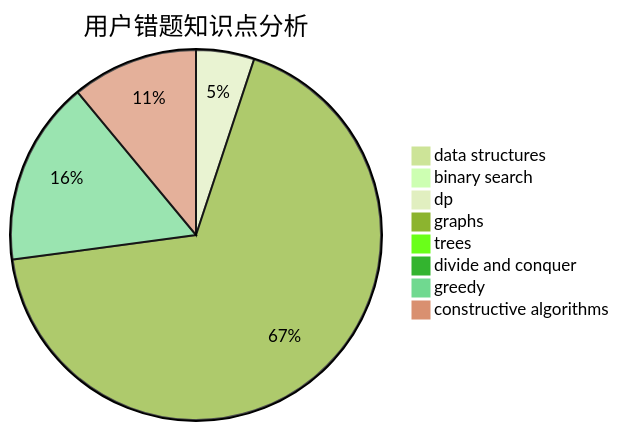
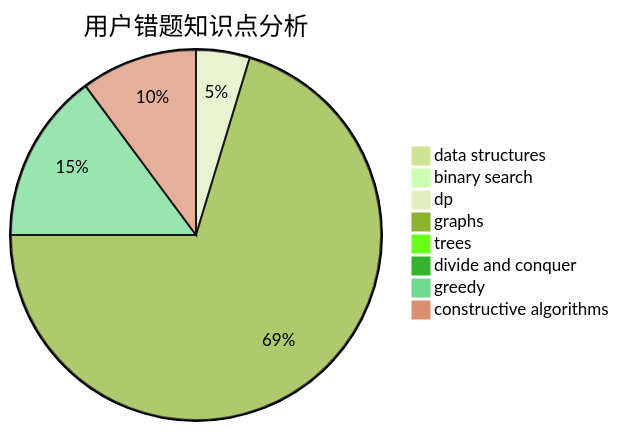
Before and after one commit to sherpahu/cfrs.github.io: the third of 3 diagrams in docs/user/u1624.md, drawn with Mermaid (forest theme). The commit also changed other lines of this file and 2770 other files, not shown here.

````diff
--- a/docs/user/u1624.md
+++ b/docs/user/u1624.md
@@ -36,11 +36,11 @@
 ```mermaid
 pie title 用户错题知识点分析
     "data structures" :  1
     "binary search" :  1
     "dp" :  6
-    "graphs" :  80
+    "graphs" :  90
     "trees" :  0
     "divide and conquer" :  0
     "greedy" :  19
     "constructive algorithms" :  13
 ```
````
